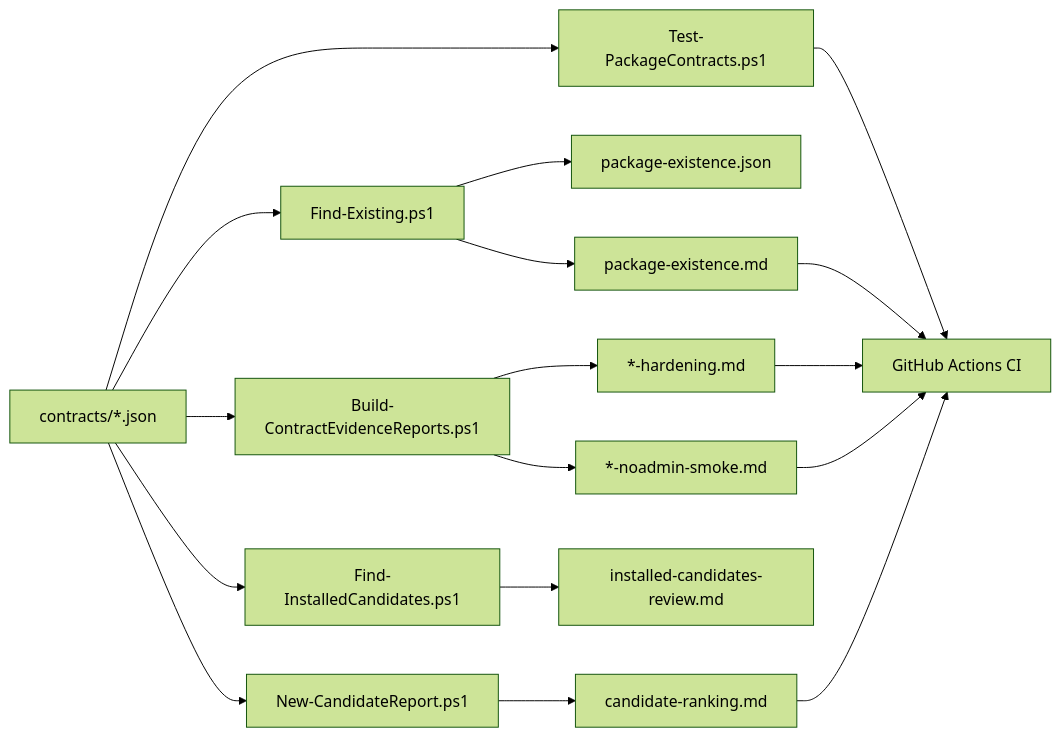
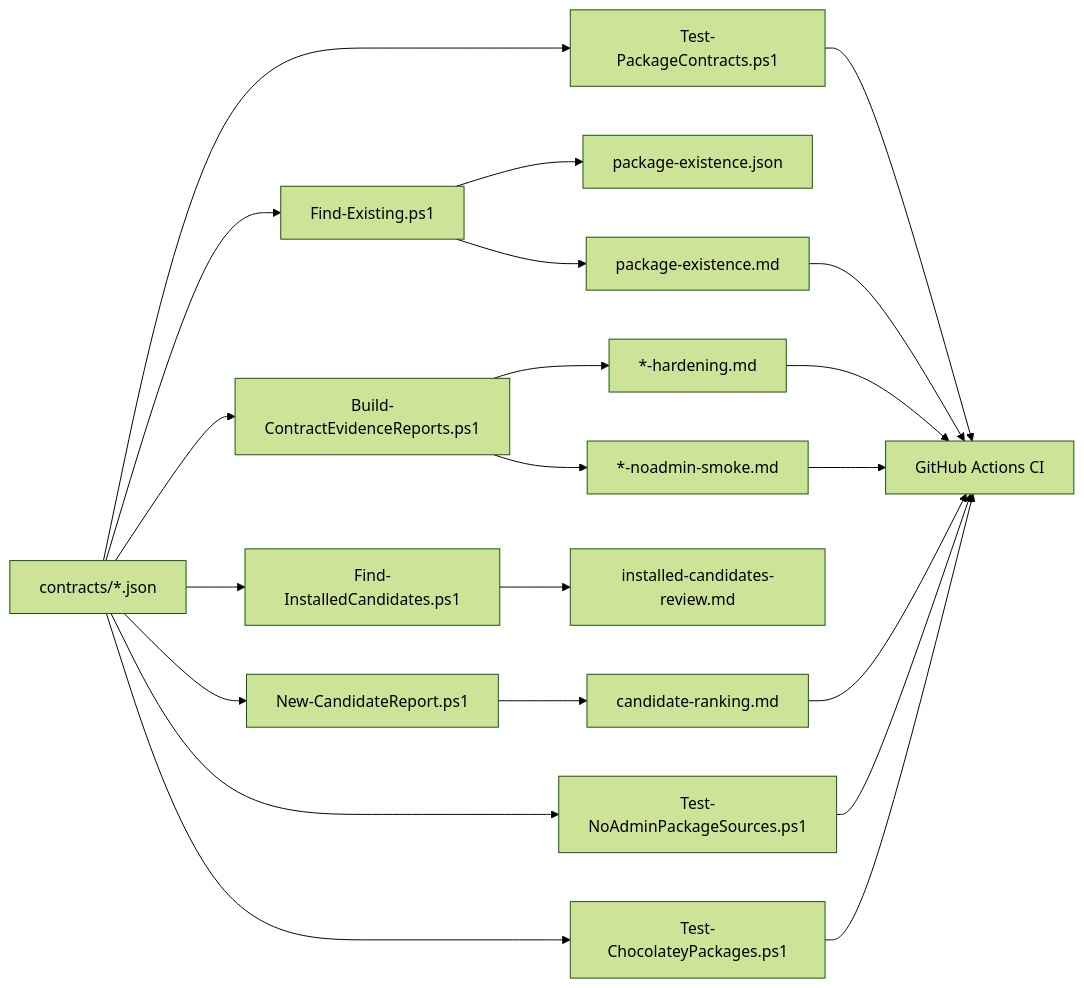
Before and after one commit to edithatogo/Extras: the second of 9 diagrams in packaging/design.md, drawn with Mermaid (forest theme). The commit also changed other lines of this file and 49 other files, not shown here.

Commit message:
Automate no-admin Chocolatey package gates

````diff
--- a/packaging/design.md
+++ b/packaging/design.md
@@ -27,19 +27,23 @@
 ```mermaid
 flowchart LR
     C[contracts/*.json] --> V[Test-PackageContracts.ps1]
     C --> L[Find-Existing.ps1]
     C --> E[Build-ContractEvidenceReports.ps1]
     L --> K[package-existence.json]
     L --> R[package-existence.md]
     E --> HR[*-hardening.md]
     E --> SR[*-noadmin-smoke.md]
     C --> I[Find-InstalledCandidates.ps1]
     I --> SI[installed-candidates-review.md]
     C --> Q[New-CandidateReport.ps1]
     Q --> M[candidate-ranking.md]
+    C --> NC[Test-NoAdminPackageSources.ps1]
+    C --> CP[Test-ChocolateyPackages.ps1]
     V --> CI[GitHub Actions CI]
+    NC --> CI
+    CP --> CI
     R --> CI
     HR --> CI
     SR --> CI
     M --> CI
 ```
````
